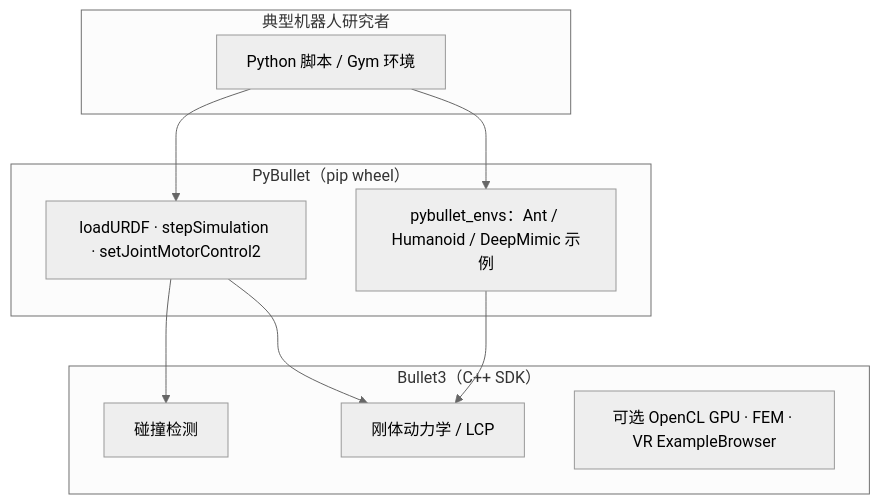
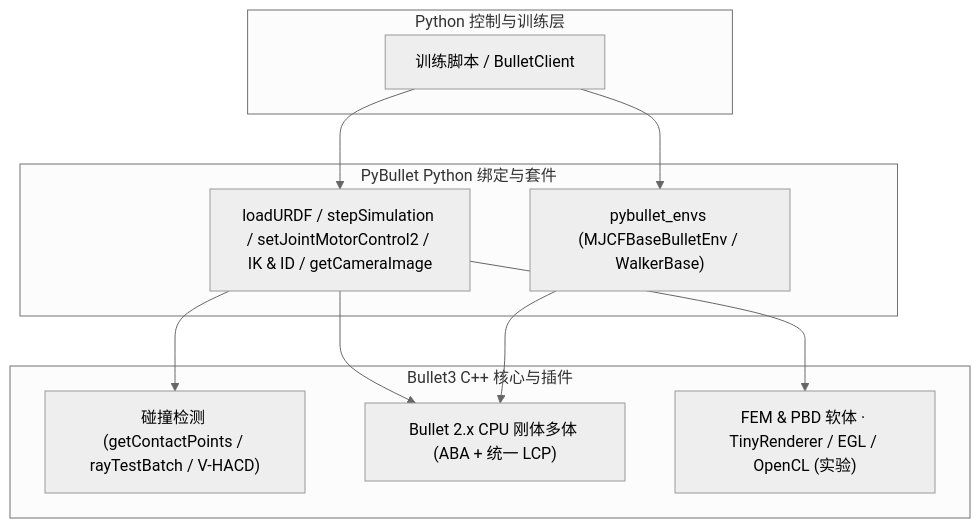
The first of 2 diagrams in wiki/entities/pybullet.md (ImChong/Robotics_Notebooks), drawn with Mermaid (neutral theme) before and after one commit. The commit also changed other lines of this file and 51 other files, not shown here.

````diff
--- a/wiki/entities/pybullet.md
+++ b/wiki/entities/pybullet.md
@@ -75,20 +85,21 @@
 ```mermaid
 flowchart TB
-  subgraph user["典型机器人研究者"]
-    script["Python 脚本 / Gym 环境"]
+  subgraph user["Python 控制与训练层"]
+    script["训练脚本 / BulletClient"]
   end
-  subgraph pybullet["PyBullet（pip wheel）"]
-    api["loadURDF · stepSimulation · setJointMotorControl2"]
-    envs["pybullet_envs：Ant / Humanoid / DeepMimic 示例"]
+  subgraph pybullet["PyBullet Python 绑定与套件"]
+    api["loadURDF / stepSimulation / setJointMotorControl2 / IK & ID / getCameraImage"]
+    envs["pybullet_envs (MJCFBaseBulletEnv / WalkerBase)"]
   end
-  subgraph core["Bullet3（C++ SDK）"]
-    collision["碰撞检测"]
-    rigid["刚体动力学 / LCP"]
-    opt["可选 OpenCL GPU · FEM · VR ExampleBrowser"]
+  subgraph core["Bullet3 C++ 核心与插件"]
+    collision["碰撞检测 (getContactPoints / rayTestBatch / V-HACD)"]
+    rigid["Bullet 2.x CPU 刚体多体 (ABA + 统一 LCP)"]
+    extra["FEM & PBD 软体 · TinyRenderer / EGL / OpenCL (实验)"]
   end
   script --> api
   script --> envs
   api --> collision
   api --> rigid
+  api --> extra
   envs --> rigid
 ```
````
